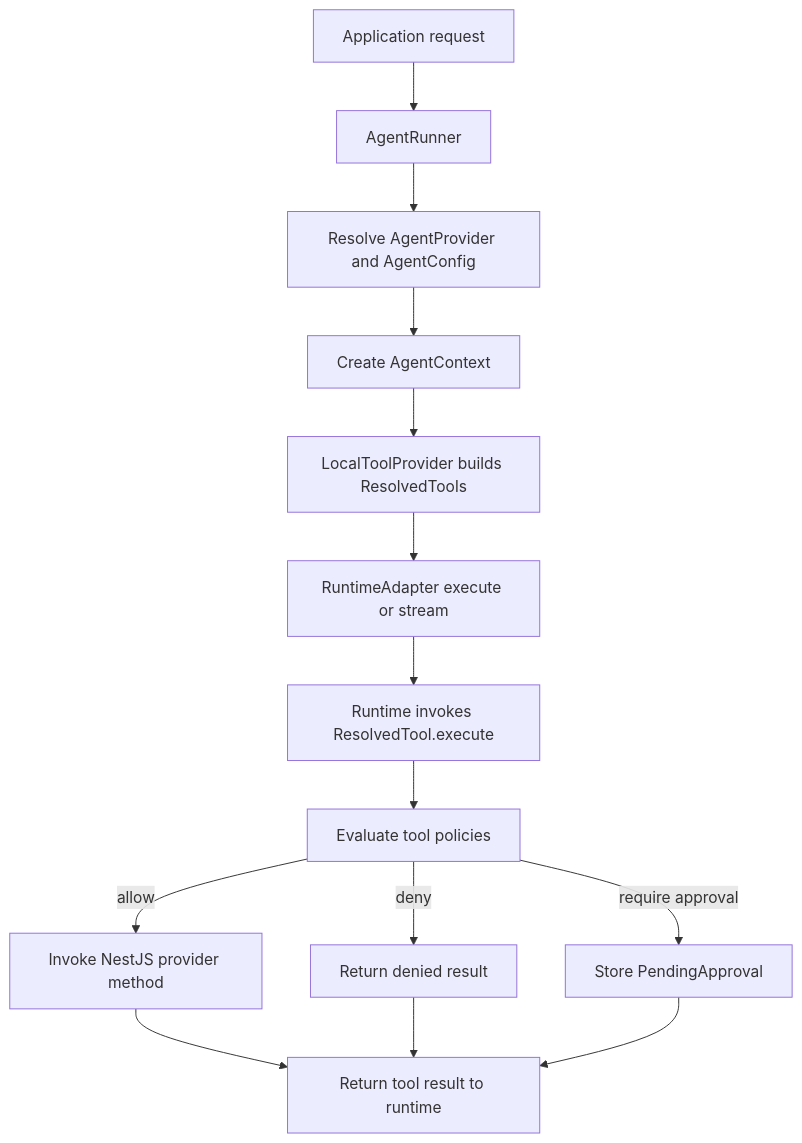
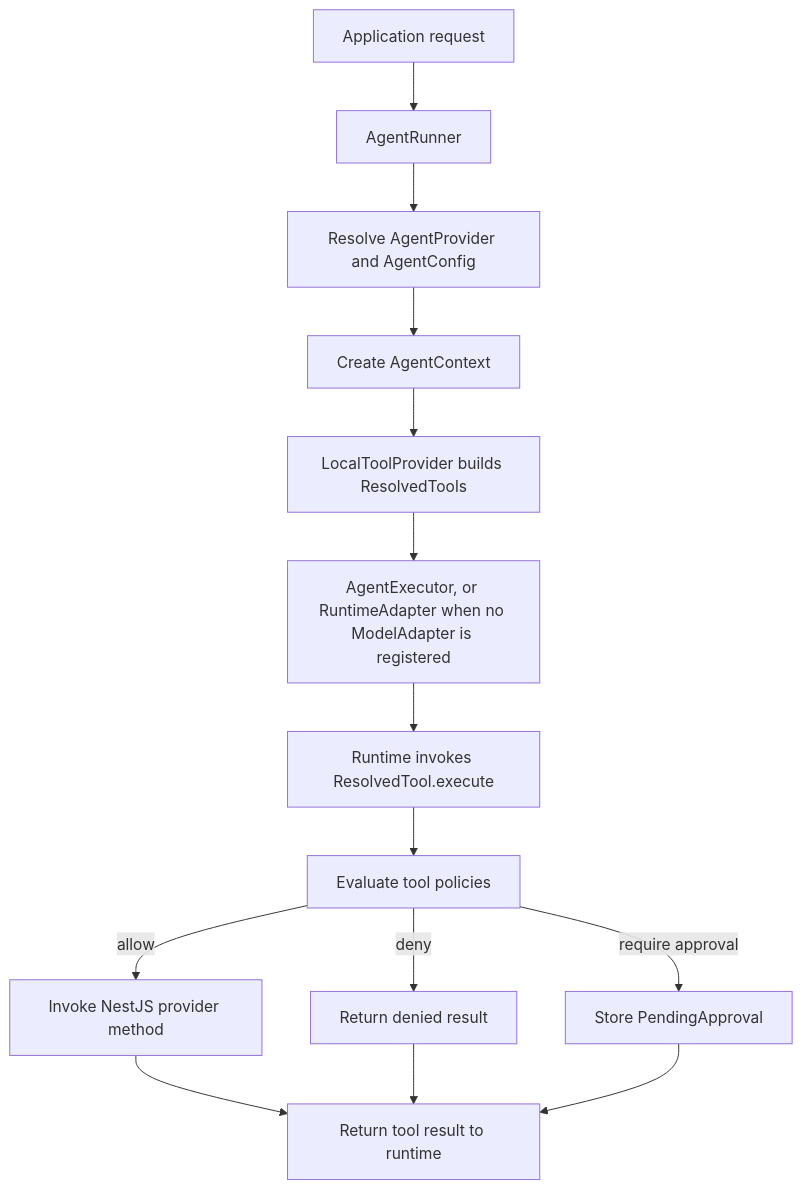
One commit to irzix/nestjs-agentic changed the first of 4 diagrams in docs/ARCHITECTURE.md. Above: the diagram before and after it, drawn with Mermaid. The commit also changed other lines of this file and 23 other files, not shown here.

First line of the commit message:
feat(core): built-in agent runtime with ModelAdapter and governed tool loop (#3)

````diff
--- a/docs/ARCHITECTURE.md
+++ b/docs/ARCHITECTURE.md
@@ -38,16 +38,16 @@
 ```mermaid
 flowchart TD
     REQUEST[Application request] --> RUNNER[AgentRunner]
     RUNNER --> AGENT[Resolve AgentProvider and AgentConfig]
     AGENT --> CONTEXT[Create AgentContext]
     CONTEXT --> TOOLS[LocalToolProvider builds ResolvedTools]
-    TOOLS --> ADAPTER[RuntimeAdapter execute or stream]
+    TOOLS --> ADAPTER[AgentExecutor, or RuntimeAdapter when no ModelAdapter is registered]
     ADAPTER --> INVOKE[Runtime invokes ResolvedTool.execute]
     INVOKE --> POLICIES[Evaluate tool policies]
     POLICIES -->|allow| METHOD[Invoke NestJS provider method]
     POLICIES -->|deny| DENIED[Return denied result]
     POLICIES -->|require approval| PENDING[Store PendingApproval]
     METHOD --> RESULT[Return tool result to runtime]
     DENIED --> RESULT
     PENDING --> RESULT
 ```
````
